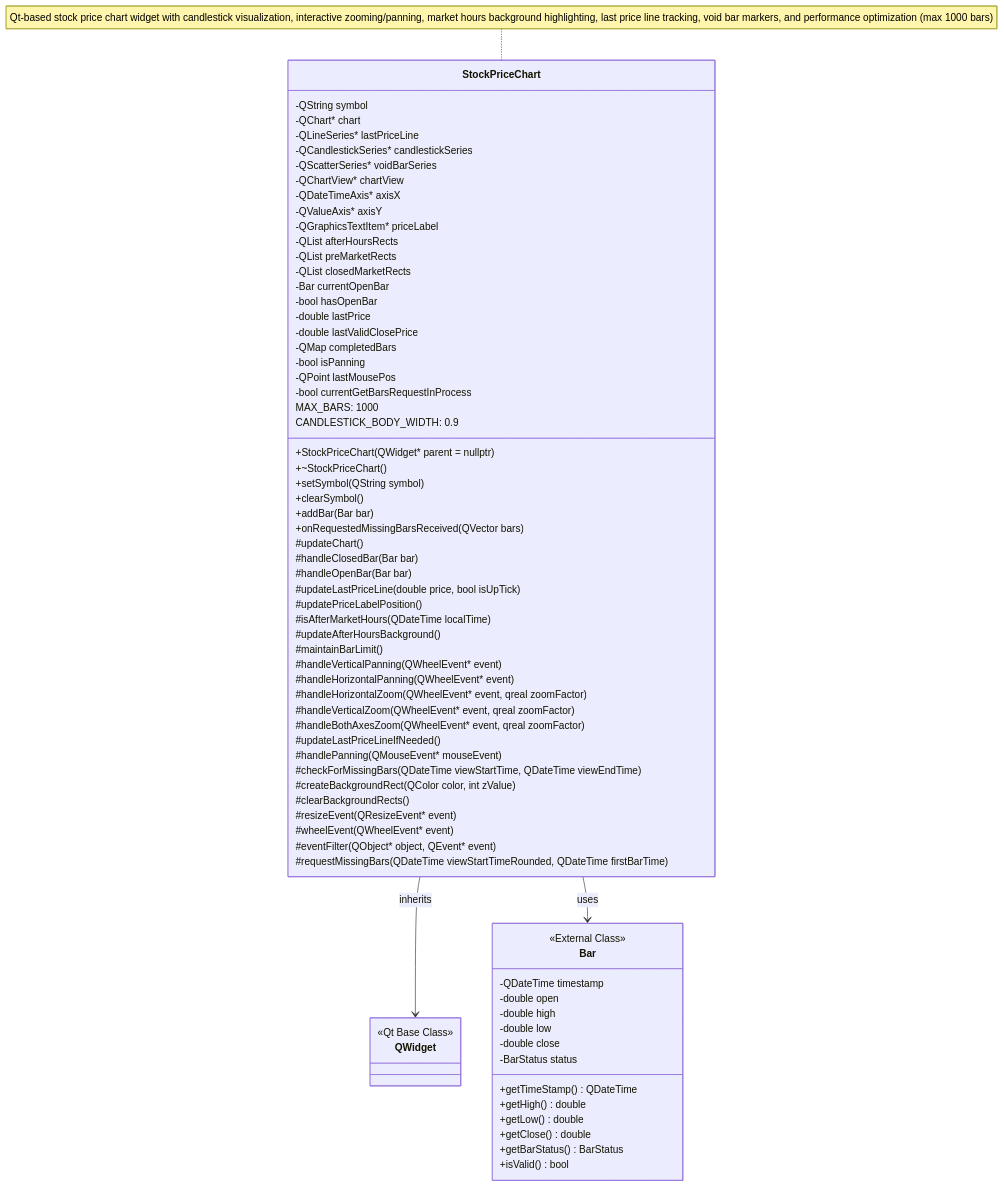
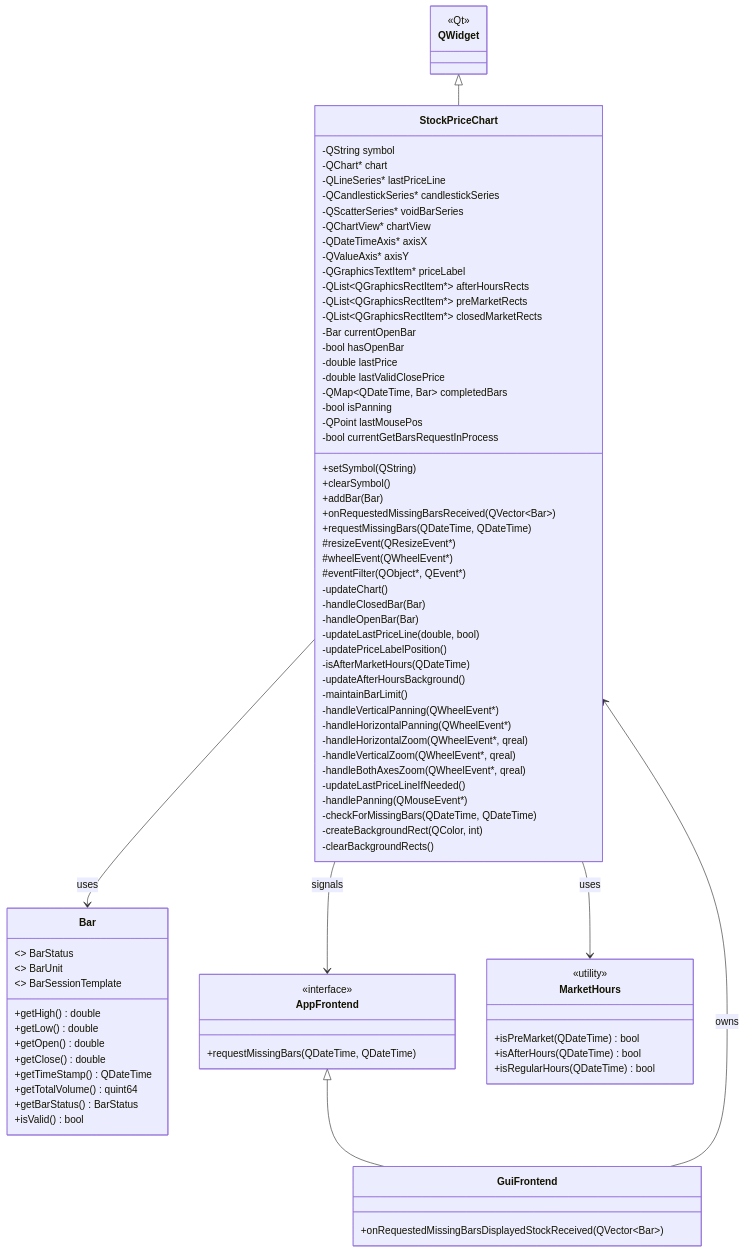
Before and after one commit to simonbeaudoin0935/OpenTraderPlatform: the first of 15 diagrams in Doc/StockPriceChart_Diagram.md, drawn with Mermaid. The commit also changed other lines of this file, not shown here.

Commit message:
Refactor StockPriceChart documentation to enhance clarity and structure, including comprehensive architecture overview and detailed Mermaid diagrams for various components and interactions.

````diff
--- a/Doc/StockPriceChart_Diagram.md
+++ b/Doc/StockPriceChart_Diagram.md
@@ -12,77 +34,83 @@
         -QDateTimeAxis* axisX
         -QValueAxis* axisY
         -QGraphicsTextItem* priceLabel
-        -QList<QGraphicsRectItem*> afterHoursRects
-        -QList<QGraphicsRectItem*> preMarketRects
-        -QList<QGraphicsRectItem*> closedMarketRects
+        -QList~QGraphicsRectItem*~ afterHoursRects
+        -QList~QGraphicsRectItem*~ preMarketRects
+        -QList~QGraphicsRectItem*~ closedMarketRects
         -Bar currentOpenBar
         -bool hasOpenBar
         -double lastPrice
         -double lastValidClosePrice
-        -QMap<QDateTime, Bar> completedBars
+        -QMap~QDateTime, Bar~ completedBars
         -bool isPanning
         -QPoint lastMousePos
         -bool currentGetBarsRequestInProcess
-
-        +StockPriceChart(QWidget* parent = nullptr)
-        +~StockPriceChart()
-        +setSymbol(QString symbol)
+        +setSymbol(QString)
         +clearSymbol()
-        +addBar(Bar bar)
-        +onRequestedMissingBarsReceived(QVector<Bar> bars)
-
-        #updateChart()
-        #handleClosedBar(Bar bar)
-        #handleOpenBar(Bar bar)
-        #updateLastPriceLine(double price, bool isUpTick)
-        #updatePriceLabelPosition()
-        #isAfterMarketHours(QDateTime localTime)
-        #updateAfterHoursBackground()
-        #maintainBarLimit()
-        #handleVerticalPanning(QWheelEvent* event)
-        #handleHorizontalPanning(QWheelEvent* event)
-        #handleHorizontalZoom(QWheelEvent* event, qreal zoomFactor)
-        #handleVerticalZoom(QWheelEvent* event, qreal zoomFactor)
-        #handleBothAxesZoom(QWheelEvent* event, qreal zoomFactor)
-        #updateLastPriceLineIfNeeded()
-        #handlePanning(QMouseEvent* mouseEvent)
-        #checkForMissingBars(QDateTime viewStartTime, QDateTime viewEndTime)
-        #createBackgroundRect(QColor color, int zValue)
-        #clearBackgroundRects()
-
-        #resizeEvent(QResizeEvent* event)
-        #wheelEvent(QWheelEvent* event)
-        #eventFilter(QObject* object, QEvent* event)
-
-        #requestMissingBars(QDateTime viewStartTimeRounded, QDateTime firstBarTime)
-
-        MAX_BARS: 1000
-        CANDLESTICK_BODY_WIDTH: 0.9
+        +addBar(Bar)
+        +onRequestedMissingBarsReceived(QVector~Bar~)
+        +requestMissingBars(QDateTime, QDateTime)
+        #resizeEvent(QResizeEvent*)
+        #wheelEvent(QWheelEvent*)
+        #eventFilter(QObject*, QEvent*)
+        -updateChart()
+        -handleClosedBar(Bar)
+        -handleOpenBar(Bar)
+        -updateLastPriceLine(double, bool)
+        -updatePriceLabelPosition()
+        -isAfterMarketHours(QDateTime)
+        -updateAfterHoursBackground()
+        -maintainBarLimit()
+        -handleVerticalPanning(QWheelEvent*)
+        -handleHorizontalPanning(QWheelEvent*)
+        -handleHorizontalZoom(QWheelEvent*, qreal)
+        -handleVerticalZoom(QWheelEvent*, qreal)
+        -handleBothAxesZoom(QWheelEvent*, qreal)
+        -updateLastPriceLineIfNeeded()
+        -handlePanning(QMouseEvent*)
+        -checkForMissingBars(QDateTime, QDateTime)
+        -createBackgroundRect(QColor, int)
+        -clearBackgroundRects()
     }
 
     class QWidget {
-        <<Qt Base Class>>
+        <<Qt>>
     }
 
     class Bar {
-        <<External Class>>
-        -QDateTime timestamp
-        -double open
-        -double high
-        -double low
-        -double close
-        -BarStatus status
-
-        +getTimeStamp() QDateTime
+        <<enum>> BarStatus
+        <<enum>> BarUnit
+        <<enum>> BarSessionTemplate
         +getHigh() double
         +getLow() double
+        +getOpen() double
         +getClose() double
+        +getTimeStamp() QDateTime
+        +getTotalVolume() quint64
         +getBarStatus() BarStatus
         +isValid() bool
     }
 
-    StockPriceChart --> QWidget : inherits
+    class GuiFrontend {
+        +onRequestedMissingBarsDisplayedStockReceived(QVector~Bar~)
+    }
+
+    class AppFrontend {
+        <<interface>>
+        +requestMissingBars(QDateTime, QDateTime)
+    }
+
+    class MarketHours {
+        <<utility>>
+        +isPreMarket(QDateTime) bool
+        +isAfterHours(QDateTime) bool
+        +isRegularHours(QDateTime) bool
+    }
+
+    QWidget <|-- StockPriceChart
     StockPriceChart --> Bar : uses
-
-    note for StockPriceChart "Qt-based stock price chart widget with candlestick visualization, interactive zooming/panning, market hours background highlighting, last price line tracking, void bar markers, and performance optimization (max 1000 bars)"
+    StockPriceChart --> MarketHours : uses
+    GuiFrontend --> StockPriceChart : owns
+    AppFrontend <|-- GuiFrontend
+    StockPriceChart --> AppFrontend : signals
 ```
````
